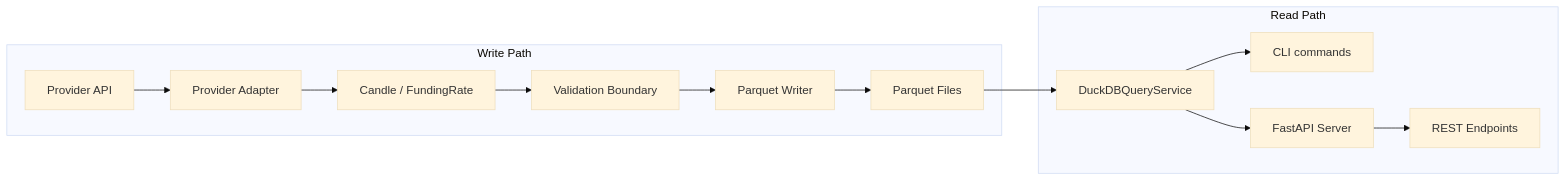
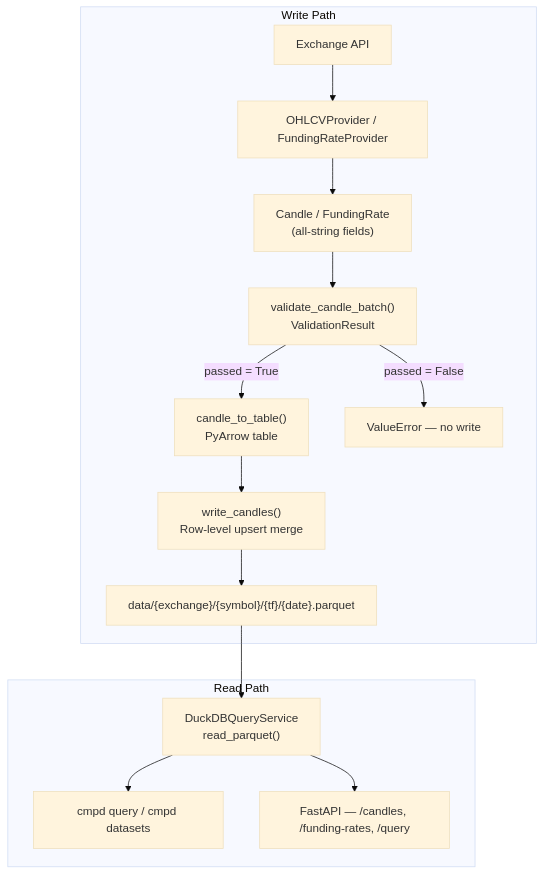
Before and after one commit to bigmikecreates/crypto-market-data-platform: the diagram in docs/architecture.md, drawn with Mermaid (base theme). The commit also changed other lines of this file and 7 other files, not shown here.

````diff
--- a/docs/architecture.md
+++ b/docs/architecture.md
@@ -7,17 +7,18 @@
 ```mermaid
-graph LR
-    subgraph Write Path
-        A[Provider API] --> B[Provider Adapter]
-        B --> C[Candle / FundingRate]
-        C --> D[Validation Boundary]
-        D --> E[Parquet Writer]
-        E --> F[Parquet Files]
+graph TD
+    subgraph "Write Path"
+        P["Exchange API"] --> A["OHLCVProvider / FundingRateProvider"]
+        A --> B["Candle / FundingRate\n(all-string fields)"]
+        B --> C["validate_candle_batch()\nValidationResult"]
+        C -- "passed = True" --> D["candle_to_table()\nPyArrow table"]
+        C -- "passed = False" --> E["ValueError — no write"]
+        D --> F["write_candles()\nRow-level upsert merge"]
+        F --> G["data/{exchange}/{symbol}/{tf}/{date}.parquet"]
     end
 
-    subgraph Read Path
-        F --> G[DuckDBQueryService]
-        G --> H[CLI commands]
-        G --> I[FastAPI Server]
-        I --> J[REST Endpoints]
+    subgraph "Read Path"
+        G --> H["DuckDBQueryService\nread_parquet()"]
+        H --> I["cmpd query / cmpd datasets"]
+        H --> J["FastAPI — /candles, /funding-rates, /query"]
     end
 ```
````
